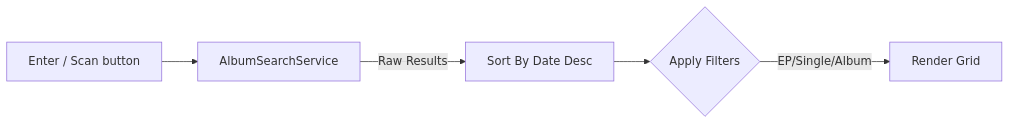
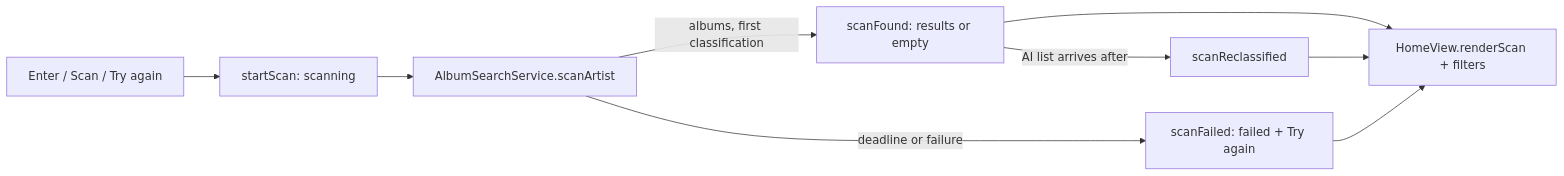
The diagram in docs/manual/14_Frontend_Components_Feature_Map.md (maujrp99/MJRP_AlbumsBalancedPlaylists_v0), drawn with Mermaid before and after one commit. The commit also changed other lines of this file and 10 other files, not shown here.

Commit message:
docs(F67): spec, plan, tasks, behavior and manual for the Home scan (UAT-204)

````diff
--- a/docs/manual/14_Frontend_Components_Feature_Map.md
+++ b/docs/manual/14_Frontend_Components_Feature_Map.md
@@ -10,7 +10,11 @@
     ```mermaid
     flowchart LR
-        Input[Enter / Scan button] --> Service[AlbumSearchService]
-        Service -->|Raw Results| Sort[Sort By Date Desc]
-        Sort --> Filter{Apply Filters}
-        Filter -->|EP/Single/Album| Final[Render Grid]
+        Input[Enter / Scan / Try again] --> Start[startScan: scanning]
+        Start --> Service[AlbumSearchService.scanArtist]
+        Service -->|albums, first classification| Found[scanFound: results or empty]
+        Service -->|deadline or failure| Failed[scanFailed: failed + Try again]
+        Found -->|AI list arrives after| Again[scanReclassified]
+        Found --> Draw[HomeView.renderScan + filters]
+        Again --> Draw
+        Failed --> Draw
     ```
````
